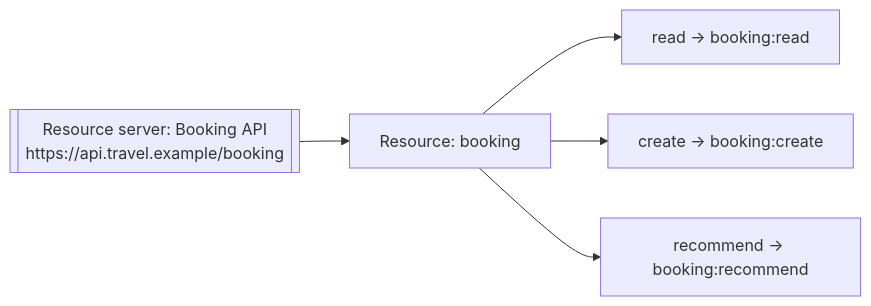
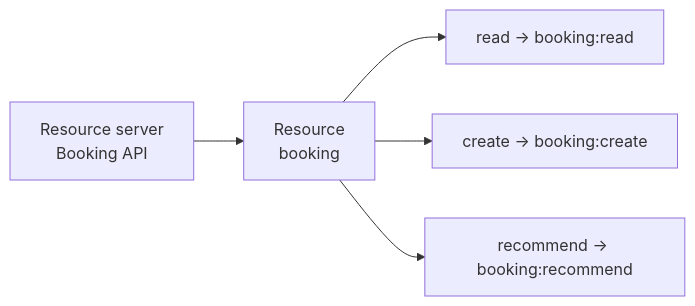
One commit to Dilusha-Madushan/thunder changed the diagram in docs/content/use-cases/ai-agents/solve-access.mdx. Above: the diagram before and after it, drawn with Mermaid. The commit also changed other lines of this file and 29 other files, not shown here.

First line of the commit message:
Document agent onboarding as a configurable flow

````diff
--- a/docs/content/use-cases/ai-agents/solve-access.mdx
+++ b/docs/content/use-cases/ai-agents/solve-access.mdx
@@ -27,7 +27,7 @@
 ```mermaid
 flowchart LR
-  rs[["Resource server: Booking API<br/>https://api.travel.example/booking"]] --> res["Resource: booking"]
+  rs["Resource server<br/>Booking API"] --> res["Resource<br/>booking"]
   res --> p1["read → booking:read"]
   res --> p2["create → booking:create"]
   res --> p3["recommend → booking:recommend"]
 ```
````
